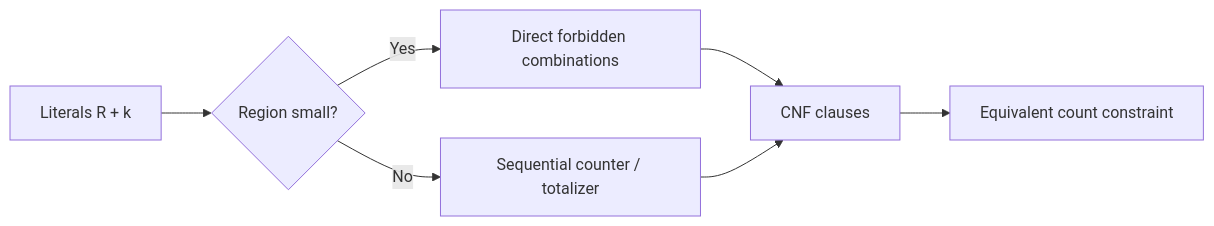
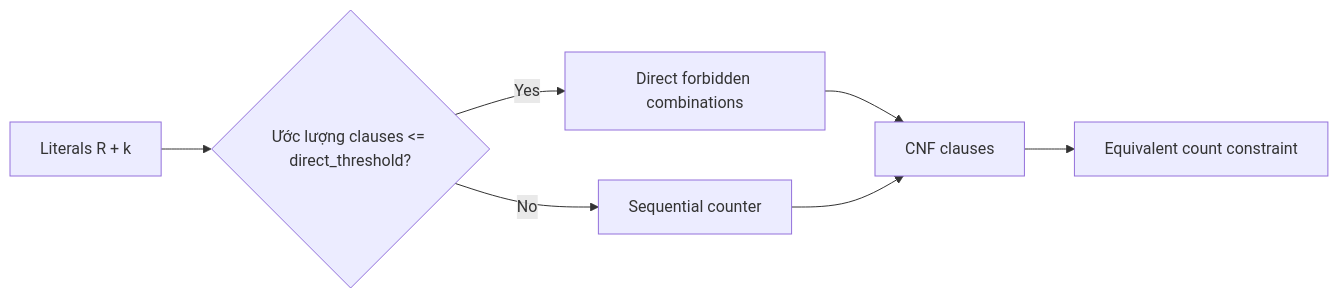
The eighth of 18 diagrams in Workflow.md (vannguyn/Griductive-Solver), drawn with Mermaid before and after one commit. The commit also changed other lines of this file, not shown here.

Commit message:
docs(workflow): replace HTTP API with GameSession/PyQt6 flow and sync contracts

````diff
--- a/Workflow.md
+++ b/Workflow.md
@@ -374,9 +388,9 @@
 ```mermaid
 flowchart LR
-    A[Literals R + k] --> B{Region small?}
+    A[Literals R + k] --> B{Ước lượng clauses <= direct_threshold?}
     B -- Yes --> C[Direct forbidden combinations]
-    B -- No --> D[Sequential counter / totalizer]
+    B -- No --> D[Sequential counter]
     C --> E[CNF clauses]
     D --> E
     E --> F[Equivalent count constraint]
 ```
````
